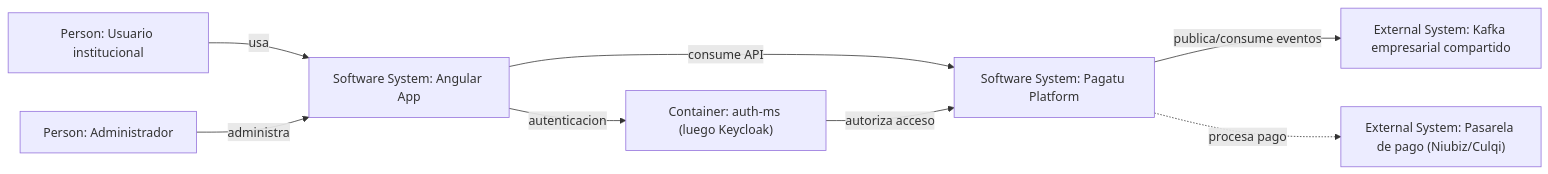
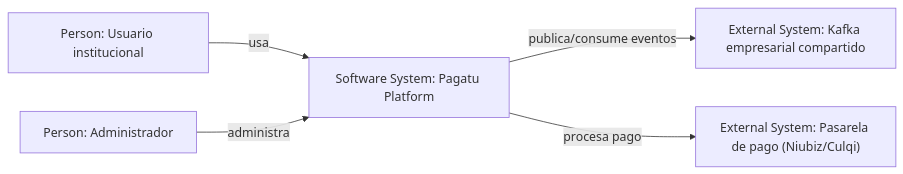
The first of 5 diagrams in README.md (262dist/pagatu), drawn with Mermaid before and after one commit. The commit also changed other lines of this file, not shown here.

````diff
--- a/README.md
+++ b/README.md
@@ -40,18 +40,13 @@
 ```mermaid
 flowchart LR
     usuario["Person: Usuario institucional"]
     admin["Person: Administrador"]
-    angular["Software System: Angular App"]
     pagatu["Software System: Pagatu Platform"]
-    auth["Container: auth-ms (luego Keycloak)"]
     kafkaCorp["External System: Kafka empresarial compartido"]
     pasarela["External System: Pasarela de pago (Niubiz/Culqi)"]
 
-    usuario -->|usa| angular
-    admin -->|administra| angular
-    angular -->|consume API| pagatu
-    angular -->|autenticacion| auth
-    auth -->|autoriza acceso| pagatu
+    usuario -->|usa| pagatu
+    admin -->|administra| pagatu
     pagatu -->|publica/consume eventos| kafkaCorp
-    pagatu -. procesa pago .-> pasarela
+    pagatu -->|procesa pago| pasarela
 ```
````
